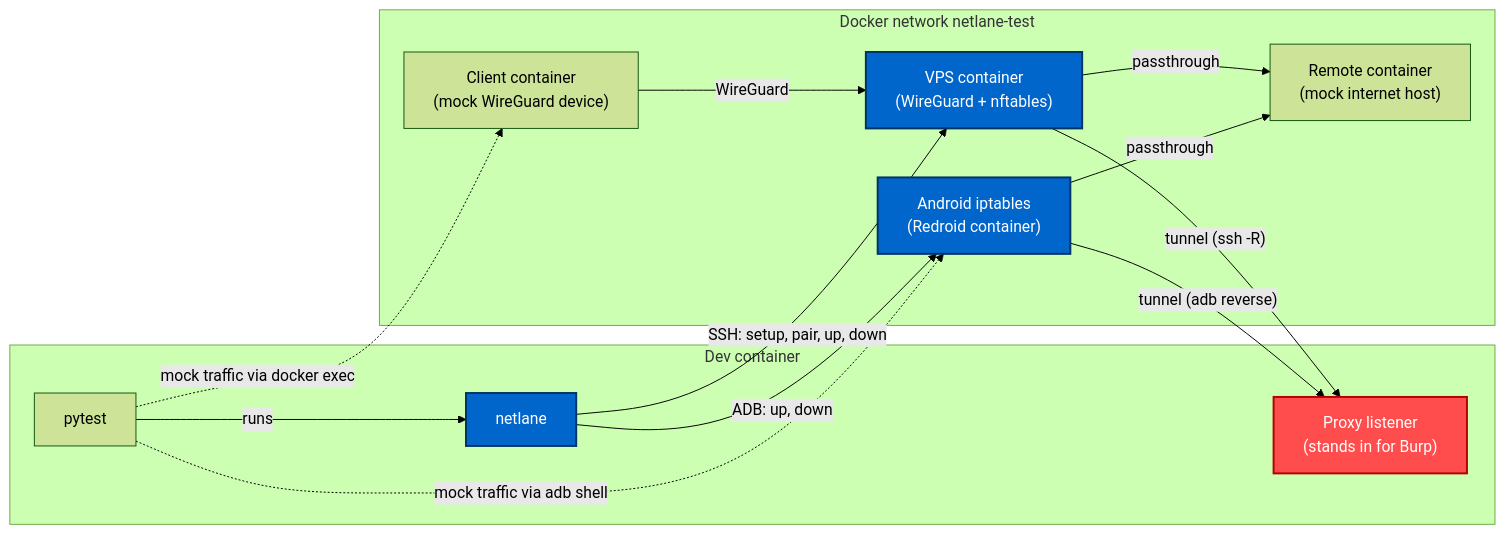
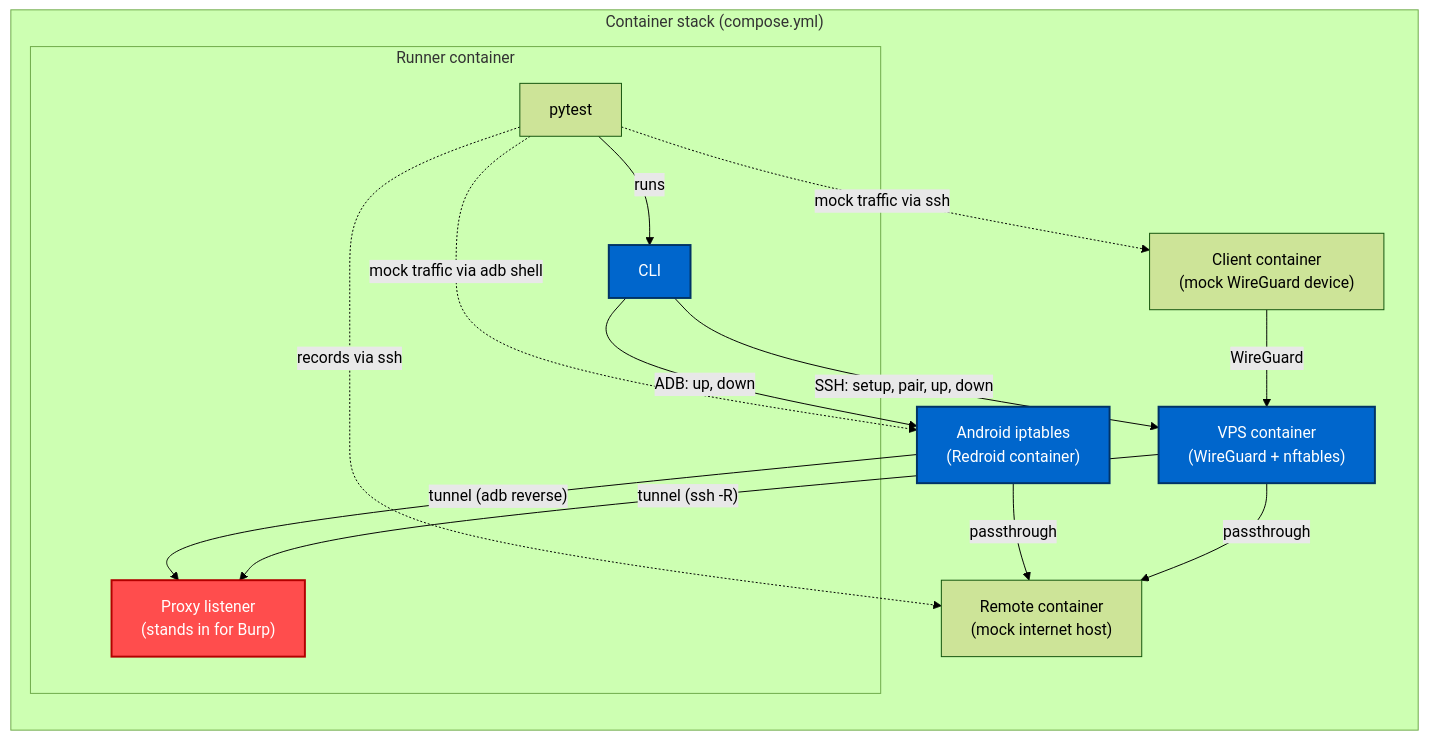
One commit to Redguard/netlane changed the diagram in docs/development.md. Above: the diagram before and after it, drawn with Mermaid (forest theme). The commit also changed other lines of this file and 22 other files, not shown here.

````diff
--- a/docs/development.md
+++ b/docs/development.md
@@ -48,33 +68,33 @@
 ```mermaid
 flowchart LR
-    subgraph Dev["Dev container"]
-        Pytest["pytest"]
-        Netlane["netlane"]
-        Proxy["Proxy listener<br/>(stands in for Burp)"]
-    end
-
-    subgraph Net["Docker network netlane-test"]
+    subgraph Stack["Container stack (compose.yml)"]
+        subgraph Runner["Runner container"]
+            Pytest["pytest"]
+            Netlane["CLI"]
+            Proxy["Proxy listener<br/>(stands in for Burp)"]
+        end
         Client["Client container<br/>(mock WireGuard device)"]
         VPS["VPS container<br/>(WireGuard + nftables)"]
         Redroid["Android iptables<br/>(Redroid container)"]
         Remote["Remote container<br/>(mock internet host)"]
     end
 
     Pytest -->|runs| Netlane
     Netlane -->|"SSH: setup, pair, up, down"| VPS
     Netlane -->|"ADB: up, down"| Redroid
 
-    Pytest -.->|"mock traffic via docker exec"| Client
+    Pytest -.->|"mock traffic via ssh"| Client
     Pytest -.->|"mock traffic via adb shell"| Redroid
+    Pytest -.->|"records via ssh"| Remote
 
     Client -->|WireGuard| VPS
     VPS -->|passthrough| Remote
     Redroid -->|passthrough| Remote
     VPS -->|"tunnel (ssh -R)"| Proxy
     Redroid -->|"tunnel (adb reverse)"| Proxy
 
     style Netlane fill:#0066cc,stroke:#003366,stroke-width:2px,color:#ffffff
     style VPS fill:#0066cc,stroke:#003366,stroke-width:2px,color:#ffffff
     style Redroid fill:#0066cc,stroke:#003366,stroke-width:2px,color:#ffffff
     style Proxy fill:#ff4d4d,stroke:#b30000,stroke-width:2px,color:#ffffff
 ```
````
